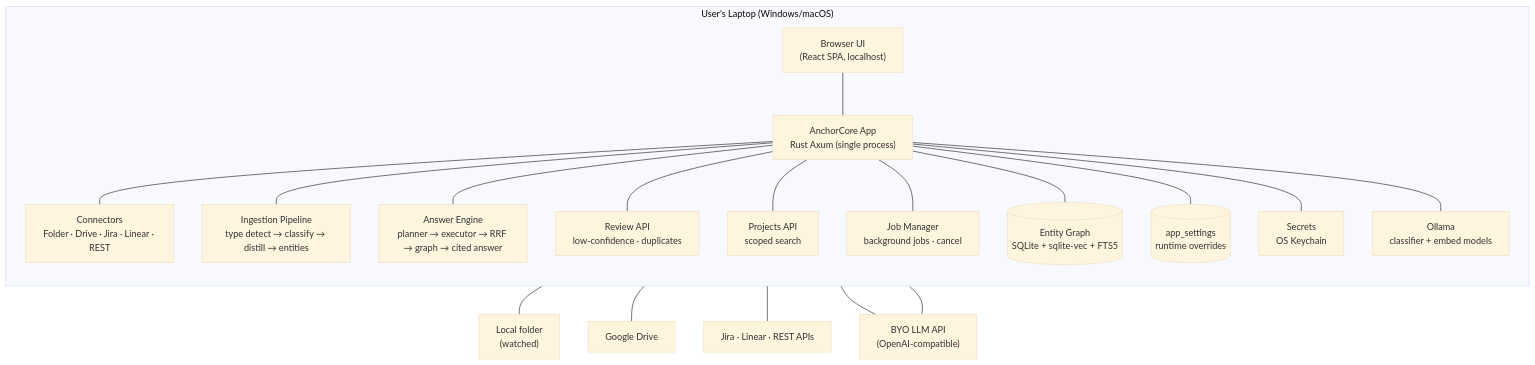
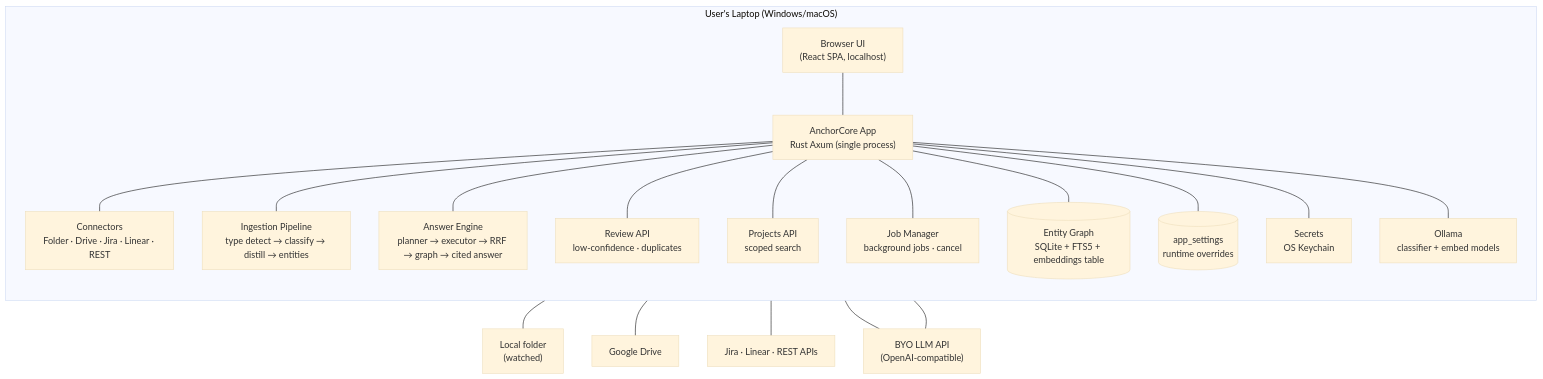
Before and after one commit to Atsirkunov/anchorcore: the first of 4 diagrams in docs/architecture.md, drawn with Mermaid (base theme). The commit also changed other lines of this file and 9 other files, not shown here.

Commit message:
Docs: sync README + docs with the website (positioning, Team quote-only, macOS first-launch, keychain scope, Linux download, embedding scan not sqlite-vec)

````diff
--- a/docs/architecture.md
+++ b/docs/architecture.md
@@ -21,34 +21,34 @@
 ```mermaid
 flowchart TB
     subgraph laptop["User's Laptop (Windows/macOS)"]
         direction TB
         browser["Browser UI<br/>(React SPA, localhost)"]
         api["AnchorCore App<br/>Rust Axum (single process)"]
         api --- connectors["Connectors<br/>Folder · Drive · Jira · Linear · REST"]
         api --- pipeline["Ingestion Pipeline<br/>type detect → classify → distill → entities"]
         api --- rag["Answer Engine<br/>planner → executor → RRF → graph → cited answer"]
         api --- review["Review API<br/>low-confidence · duplicates"]
         api --- projects["Projects API<br/>scoped search"]
         api --- jobs["Job Manager<br/>background jobs · cancel"]
-        db[("Entity Graph<br/>SQLite + sqlite-vec + FTS5")]
+        db[("Entity Graph<br/>SQLite + FTS5 + embeddings table")]
         settings[("app_settings<br/>runtime overrides")]
         secrets["Secrets<br/>OS Keychain"]
         api --- db
         api --- settings
         api --- secrets
         browser --- api
         ollama["Ollama<br/>classifier + embed models"]
         api --- ollama
     end
 
     tickets["Jira · Linear · REST APIs"]
     drive["Google Drive"]
     folder["Local folder<br/>(watched)"]
     cloud["BYO LLM API<br/>(OpenAI-compatible)"]
 
     connectors --- folder
     connectors --- drive
     connectors --- tickets
     pipeline --- cloud
     rag --- cloud
 ```
````
